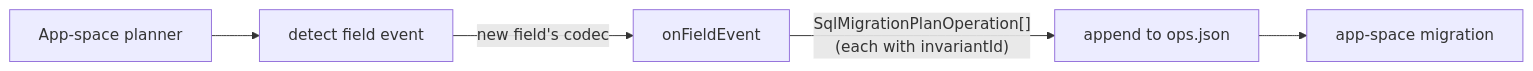
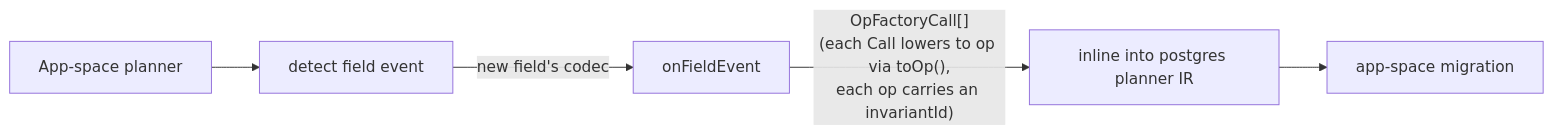
One commit to prisma/prisma-next changed the diagram in docs/architecture docs/adrs/ADR 212 - Codec lifecycle hooks.md. Above: the diagram before and after it, drawn with Mermaid. The commit also changed other lines of this file and 1 other file, not shown here.

````diff
--- a/docs/architecture docs/adrs/ADR 212 - Codec lifecycle hooks.md
+++ b/docs/architecture docs/adrs/ADR 212 - Codec lifecycle hooks.md
@@ -13,7 +13,7 @@
 ```mermaid
 flowchart LR
   Diff[App-space planner] --> Detect[detect field event]
   Detect -->|new field's codec| Hook[onFieldEvent]
-  Hook -->|"SqlMigrationPlanOperation[]<br/>(each with invariantId)"| Append[append to ops.json]
+  Hook -->|"OpFactoryCall[]<br/>(each Call lowers to op via toOp(),<br/>each op carries an invariantId)"| Append[inline into postgres planner IR]
   Append --> Mig[app-space migration]
 ```
````
